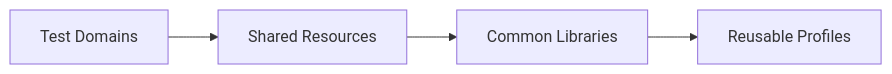
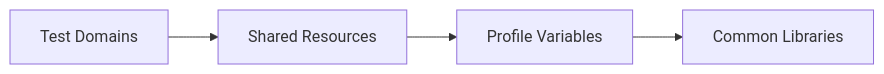
The diagram in docs/08-enterprise-patterns.mdx (arvind3/RobotFrameworkBookWithIDE), drawn with Mermaid before and after one commit. The commit also changed other lines of this file and 18 other files, not shown here.

````diff
--- a/docs/08-enterprise-patterns.mdx
+++ b/docs/08-enterprise-patterns.mdx
@@ -13,6 +31,6 @@
 ```mermaid
 flowchart LR
   A[Test Domains] --> B[Shared Resources]
-  B --> C[Common Libraries]
-  C --> D[Reusable Profiles]
+  B --> C[Profile Variables]
+  C --> D[Common Libraries]
 ```
````
